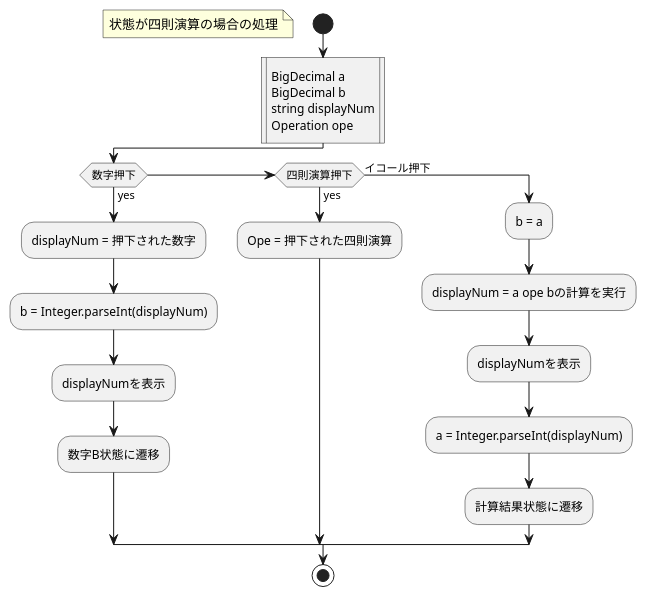
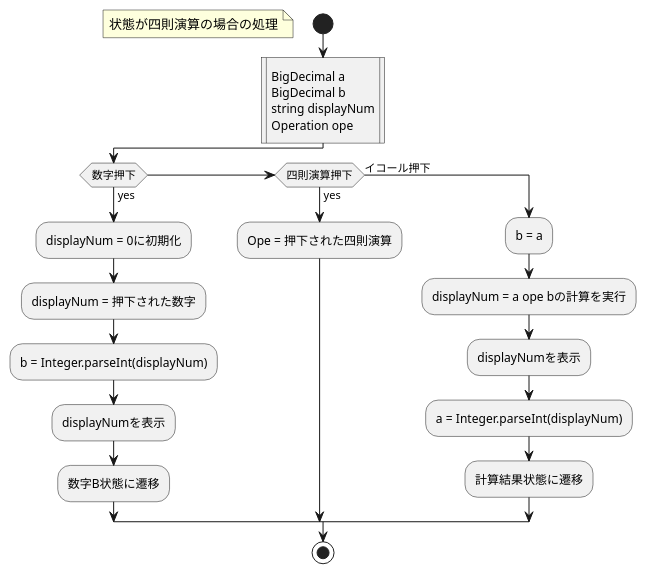
One commit to oddballs1111/SampleCalc changed the diagram in app/src/uml/Activity/四則演算.puml. Above: the diagram before and after it, drawn with PlantUML. The commit also changed 17 other files, not shown here.

```diff
--- a/app/src/uml/Activity/四則演算.puml
+++ b/app/src/uml/Activity/四則演算.puml
@@ -1,23 +1,24 @@
 @startuml
 start
 floating note left: 状態が四則演算の場合の処理
  :BigDecimal a
  BigDecimal b
  string displayNum
  Operation ope|
 if (数字押下) then (yes)
+  :displayNum = 0に初期化;
   :displayNum = 押下された数字;
   :b = Integer.parseInt(displayNum);
   :displayNumを表示;
   :数字B状態に遷移;
 elseif (四則演算押下) then (yes)
   :Ope = 押下された四則演算;
 else (イコール押下)
   :b = a;
   :displayNum = a ope bの計算を実行;
   :displayNumを表示;
   :a = Integer.parseInt(displayNum);
   :計算結果状態に遷移;
 endif
 stop
 @enduml
```
